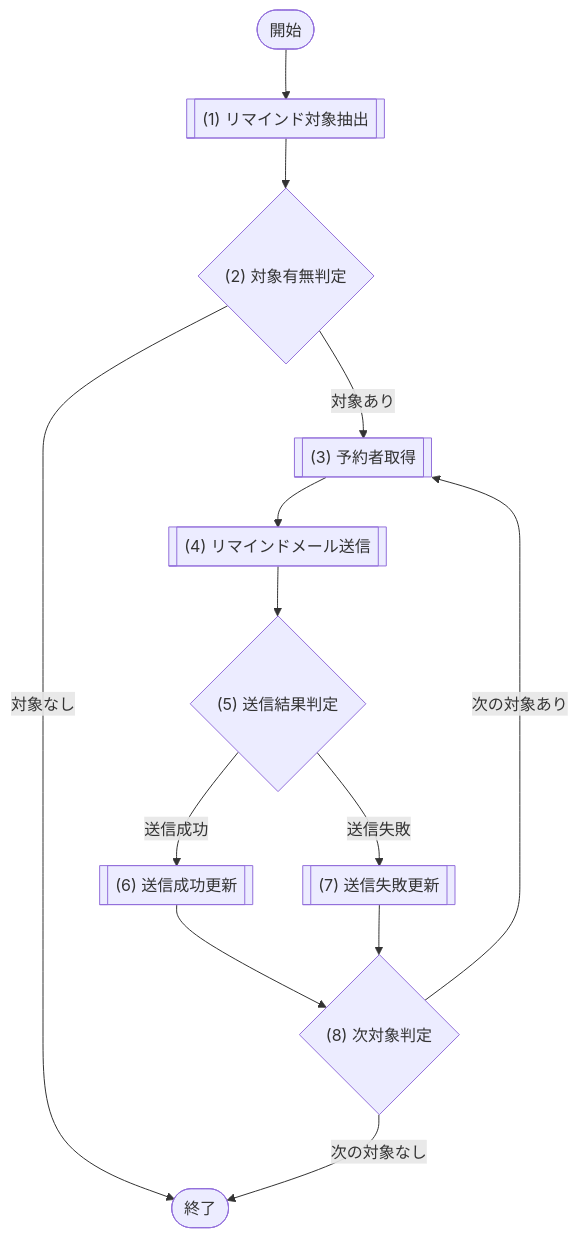
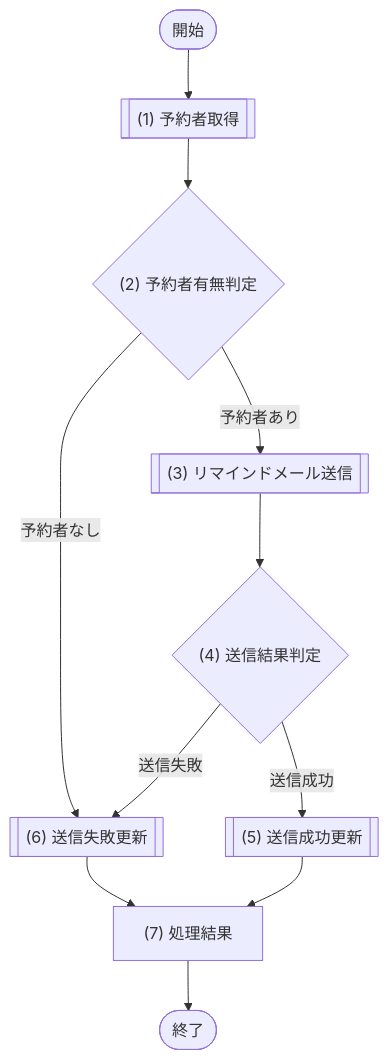
The second of 2 diagrams in docs/03_機能設計/06_モジュール設計/MOD-006_通知サービス.md (sikakou54/system-document-template), drawn with Mermaid before and after one commit. The commit also changed other lines of this file and 99 other files, not shown here.

````diff
--- a/docs/03_機能設計/06_モジュール設計/MOD-006_通知サービス.md
+++ b/docs/03_機能設計/06_モジュール設計/MOD-006_通知サービス.md
@@ -49,21 +118,19 @@
 ```mermaid
 flowchart TD
   Start([開始])
-  P1[["(1) リマインド対象抽出"]]
-  D1{"(2) 対象有無判定"}
-  P2[["(3) 予約者取得"]]
-  P3[["(4) リマインドメール送信"]]
-  D2{"(5) 送信結果判定"}
-  P4[["(6) 送信成功更新"]]
-  P5[["(7) 送信失敗更新"]]
-  D3{"(8) 次対象判定"}
+  P1[["(1) 予約者取得"]]
+  D1{"(2) 予約者有無判定"}
+  P2[["(3) リマインドメール送信"]]
+  D2{"(4) 送信結果判定"}
+  P3[["(5) 送信成功更新"]]
+  P4[["(6) 送信失敗更新"]]
+  P5["(7) 処理結果"]
   End([終了])
 
   Start --> P1 --> D1
-  D1 -- "対象なし" --> End
-  D1 -- "対象あり" --> P2 --> P3 --> D2
-  D2 -- "送信成功" --> P4 --> D3
-  D2 -- "送信失敗" --> P5 --> D3
-  D3 -- "次の対象あり" --> P2
-  D3 -- "次の対象なし" --> End
+  D1 -- "予約者あり" --> P2 --> D2
+  D1 -- "予約者なし" --> P4 --> P5
+  D2 -- "送信成功" --> P3 --> P5
+  D2 -- "送信失敗" --> P4
+  P5 --> End
 ```
````
